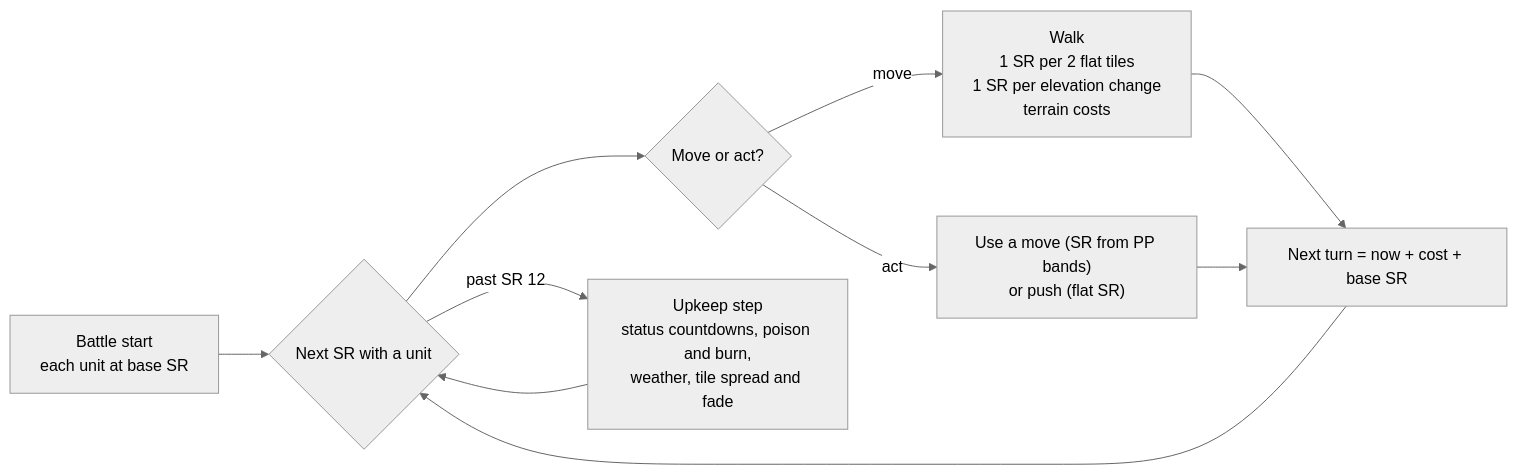
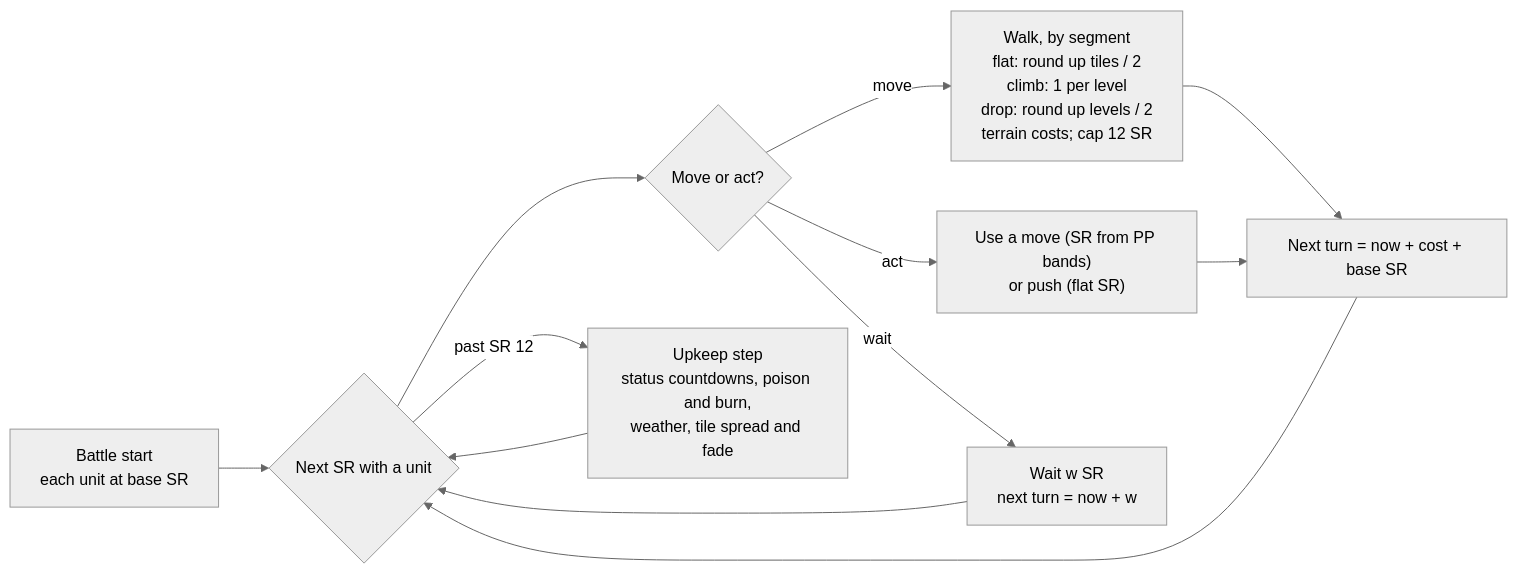
One commit to Jess-Rivera/poketactics changed the first of 2 diagrams in docs/discussion-outputs/battle-design.md. Above: the diagram before and after it, drawn with Mermaid (neutral theme). The commit also changed other lines of this file and 6 other files, not shown here.

Commit message:
#13 grilling: rulings size-bands, wait-action, elevation-cost; size band charts; build plan; battle-design SR section

````diff
--- a/docs/discussion-outputs/battle-design.md
+++ b/docs/discussion-outputs/battle-design.md
@@ -20,12 +22,14 @@
 ```mermaid
 flowchart LR
     START[Battle start<br/>each unit at base SR] --> TICK{Next SR with a unit}
     TICK --> TURN{Move or act?}
-    TURN -->|move| MOVE["Walk<br/>1 SR per 2 flat tiles<br/>1 SR per elevation change<br/>terrain costs"]
+    TURN -->|move| MOVE["Walk, by segment<br/>flat: round up tiles / 2<br/>climb: 1 per level<br/>drop: round up levels / 2<br/>terrain costs; cap 12 SR"]
     TURN -->|act| ACT["Use a move (SR from PP bands)<br/>or push (flat SR)"]
+    TURN -->|wait| WAIT["Wait w SR<br/>next turn = now + w"]
     MOVE --> NEXT[Next turn = now + cost + base SR]
     ACT --> NEXT
     NEXT --> TICK
+    WAIT --> TICK
     TICK -->|past SR 12| UPKEEP["Upkeep step<br/>status countdowns, poison and burn,<br/>weather, tile spread and fade"]
     UPKEEP --> TICK
 ```
````
